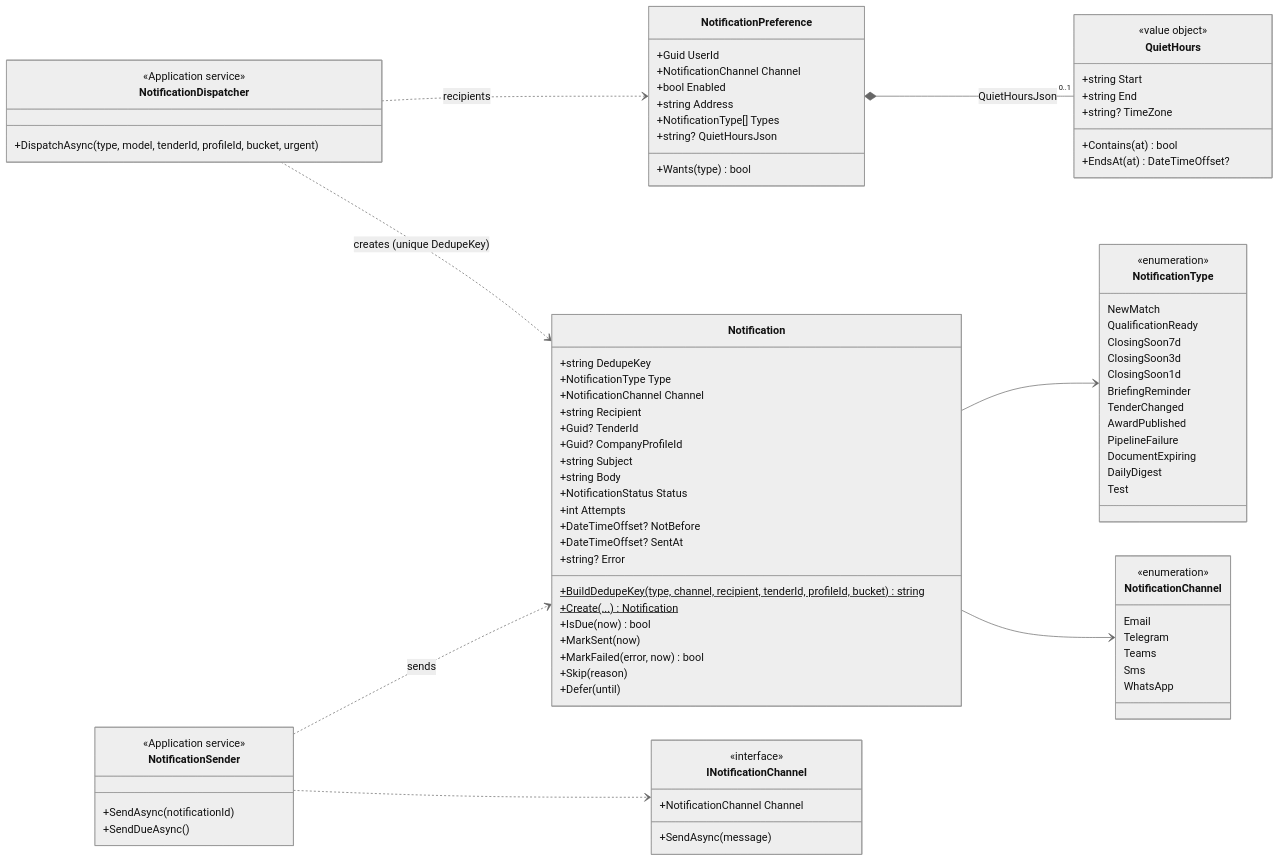
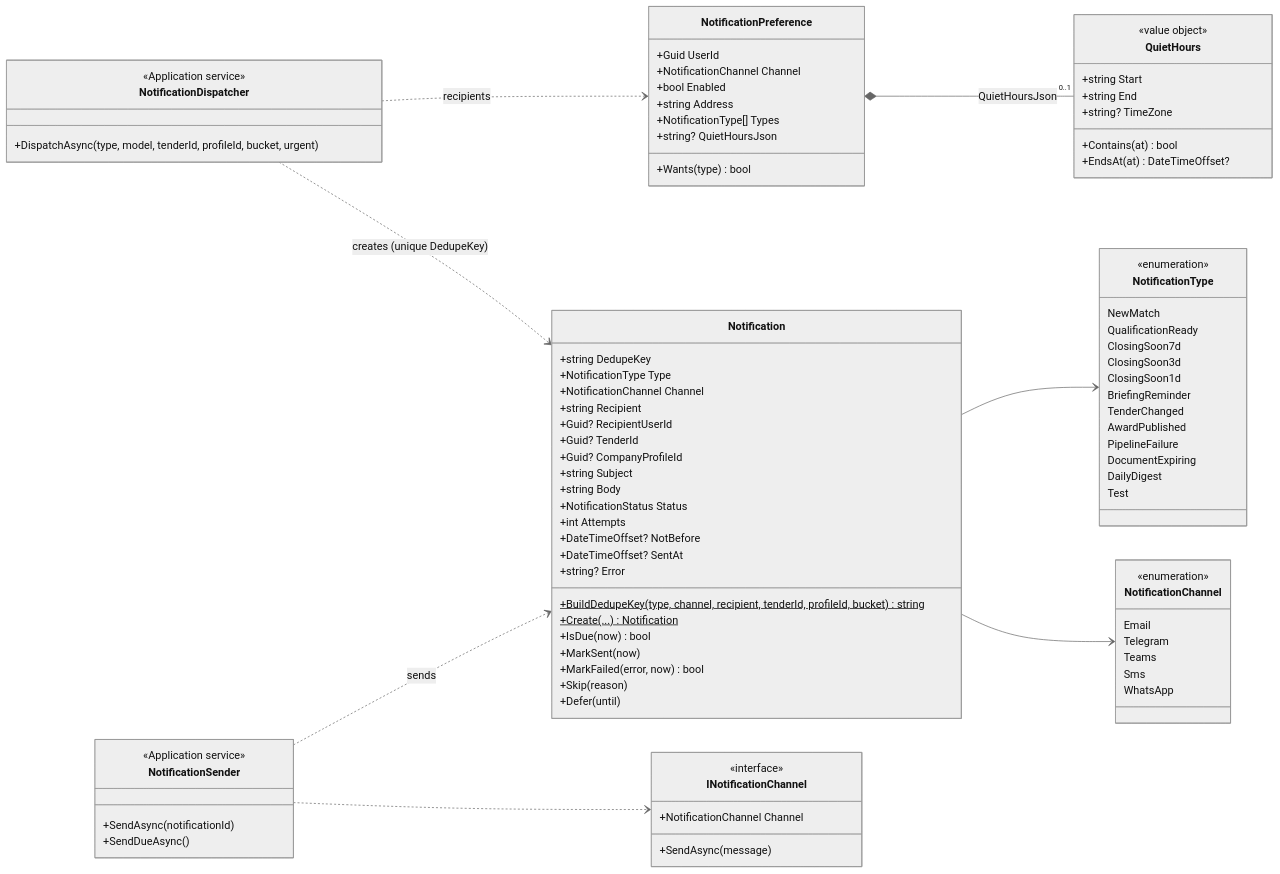
The fifth of 6 diagrams in docs/diagrams/domain.md (ipelengmekgwe/tendersync), drawn with Mermaid (neutral theme) before and after one commit. The commit also changed other lines of this file and 48 other files, not shown here.

```diff
--- a/docs/diagrams/domain.md
+++ b/docs/diagrams/domain.md
@@ -441,6 +443,7 @@
     +NotificationType Type
     +NotificationChannel Channel
     +string Recipient
+    +Guid? RecipientUserId
     +Guid? TenderId
     +Guid? CompanyProfileId
     +string Subject
```
